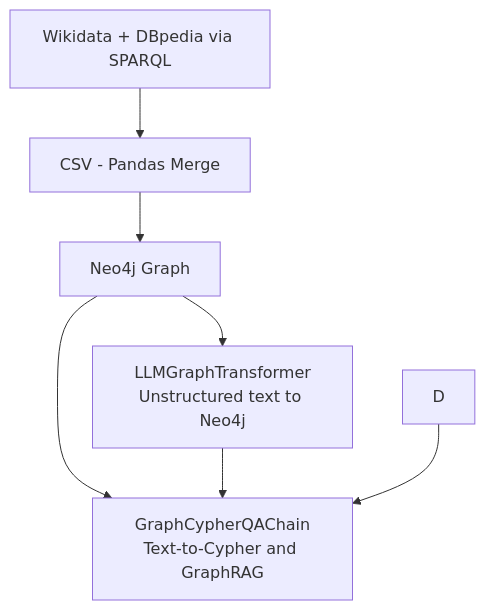
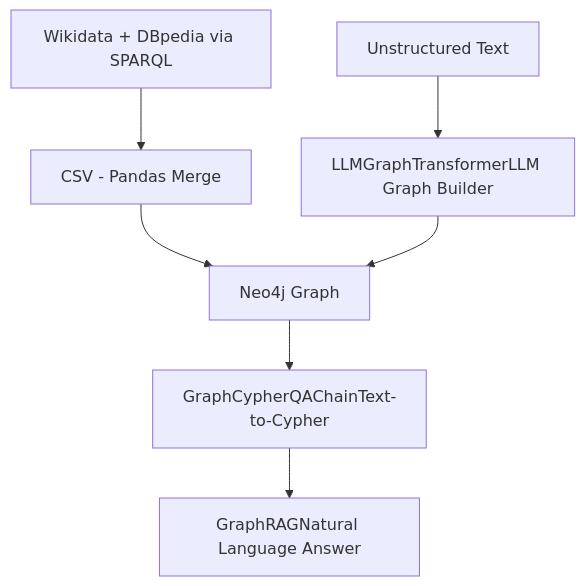
One commit to khalilash/geopolitical-knowledge-graph-neo4j changed the diagram in README.md. Above: the diagram before and after it, drawn with Mermaid.

````diff
--- a/README.md
+++ b/README.md
@@ -9,9 +9,9 @@
 ```mermaid
 flowchart TD
     A[Wikidata + DBpedia via SPARQL] --> B[CSV - Pandas Merge]
     B --> C[Neo4j Graph]
-    C --> E[GraphCypherQAChain<br/>Text-to-Cypher and GraphRAG]
-    C --> F[LLMGraphTransformer<br/>Unstructured text to Neo4j]
-    F --> E
-    D --> E
+    C --> D[GraphCypherQAChainText-to-Cypher]
+    D --> E[GraphRAGNatural Language Answer]
+    F[Unstructured Text] --> G[LLMGraphTransformerLLM Graph Builder]
+    G --> C
 ```
````
